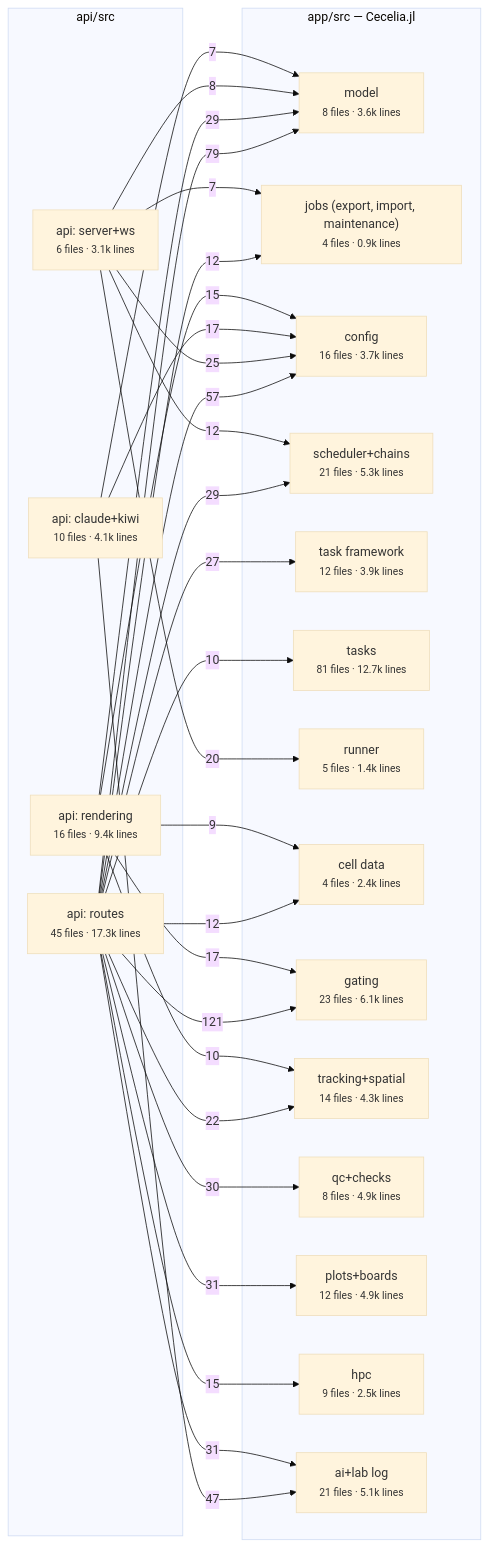
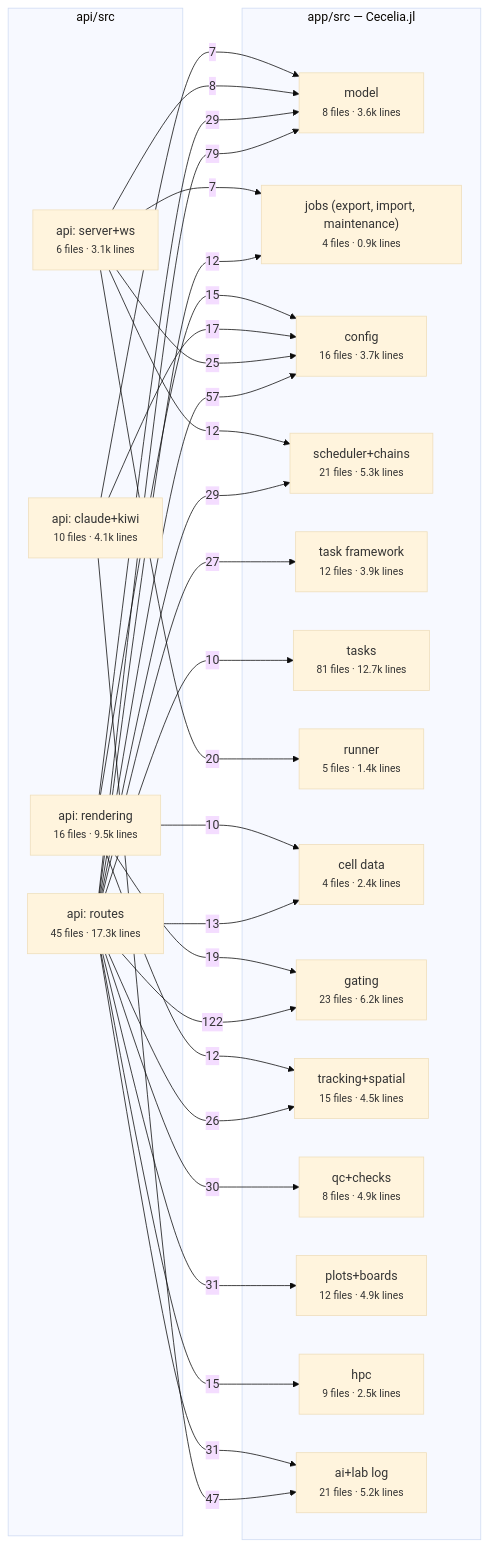
The second of 2 diagrams in docs/architecture/julia/areas.md (schienstockd/cecelia), drawn with Mermaid (base theme) before and after one commit. The commit also changed other lines of this file and 33 other files, not shown here.

````diff
--- a/docs/architecture/julia/areas.md
+++ b/docs/architecture/julia/areas.md
@@ -65,51 +65,51 @@
 ```mermaid
 flowchart LR
   subgraph API["api/src"]
     api__server_ws["api: server+ws<br/><small>6 files · 3.1k lines</small>"]
-    api__rendering["api: rendering<br/><small>16 files · 9.4k lines</small>"]
+    api__rendering["api: rendering<br/><small>16 files · 9.5k lines</small>"]
     api__claude_kiwi["api: claude+kiwi<br/><small>10 files · 4.1k lines</small>"]
     api__routes["api: routes<br/><small>45 files · 17.3k lines</small>"]
   end
   subgraph PKG["app/src — Cecelia.jl"]
     model["model<br/><small>8 files · 3.6k lines</small>"]
     jobs__export__import__maintenance_["jobs (export, import, maintenance)<br/><small>4 files · 0.9k lines</small>"]
     config["config<br/><small>16 files · 3.7k lines</small>"]
     scheduler_chains["scheduler+chains<br/><small>21 files · 5.3k lines</small>"]
     task_framework["task framework<br/><small>12 files · 3.9k lines</small>"]
     tasks["tasks<br/><small>81 files · 12.7k lines</small>"]
     runner["runner<br/><small>5 files · 1.4k lines</small>"]
     cell_data["cell data<br/><small>4 files · 2.4k lines</small>"]
-    gating["gating<br/><small>23 files · 6.1k lines</small>"]
-    tracking_spatial["tracking+spatial<br/><small>14 files · 4.3k lines</small>"]
+    gating["gating<br/><small>23 files · 6.2k lines</small>"]
+    tracking_spatial["tracking+spatial<br/><small>15 files · 4.5k lines</small>"]
     qc_checks["qc+checks<br/><small>8 files · 4.9k lines</small>"]
     plots_boards["plots+boards<br/><small>12 files · 4.9k lines</small>"]
     hpc["hpc<br/><small>9 files · 2.5k lines</small>"]
-    ai_lab_log["ai+lab log<br/><small>21 files · 5.1k lines</small>"]
+    ai_lab_log["ai+lab log<br/><small>21 files · 5.2k lines</small>"]
   end
-  api__routes -->|121| gating
+  api__routes -->|122| gating
   api__routes -->|79| model
   api__routes -->|57| config
   api__claude_kiwi -->|47| ai_lab_log
   api__routes -->|31| ai_lab_log
   api__routes -->|31| plots_boards
   api__routes -->|30| qc_checks
   api__rendering -->|29| model
   api__routes -->|29| scheduler_chains
   api__routes -->|27| task_framework
+  api__routes -->|26| tracking_spatial
   api__server_ws -->|25| config
-  api__routes -->|22| tracking_spatial
   api__server_ws -->|20| runner
+  api__rendering -->|19| gating
   api__claude_kiwi -->|17| config
-  api__rendering -->|17| gating
   api__rendering -->|15| config
   api__routes -->|15| hpc
-  api__routes -->|12| cell_data
+  api__routes -->|13| cell_data
+  api__rendering -->|12| tracking_spatial
   api__routes -->|12| jobs__export__import__maintenance_
   api__server_ws -->|12| scheduler_chains
-  api__rendering -->|10| tracking_spatial
+  api__rendering -->|10| cell_data
   api__routes -->|10| tasks
-  api__rendering -->|9| cell_data
   api__server_ws -->|8| model
   api__claude_kiwi -->|7| model
   api__server_ws -->|7| jobs__export__import__maintenance_
 ```
````
